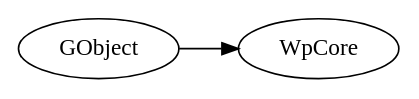
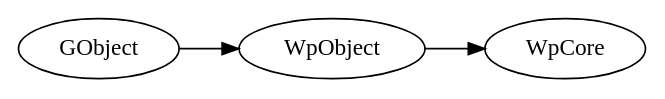
The diagram in docs/rst/c_api/core_api.rst (PipeWire/wireplumber), drawn with Graphviz before and after one commit. The commit also changed 2 other files, not shown here.

Commit message:
core: refactor to subclass from WpObject

```diff
--- a/docs/rst/c_api/core_api.rst
+++ b/docs/rst/c_api/core_api.rst
@@ -5,7 +5,8 @@
 .. graphviz::
   :align: center
 
    digraph inheritance {
       rankdir=LR;
-      GObject -> WpCore;
+      GObject -> WpObject;
+      WpObject -> WpCore;
    }
```
